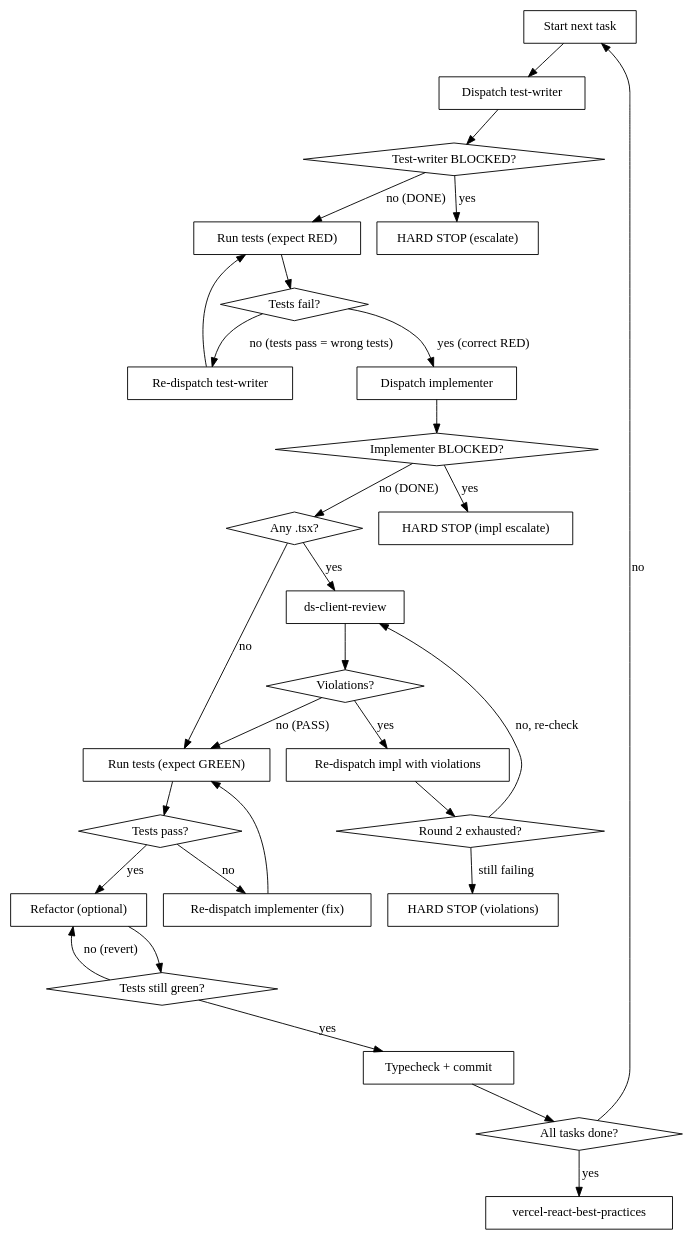
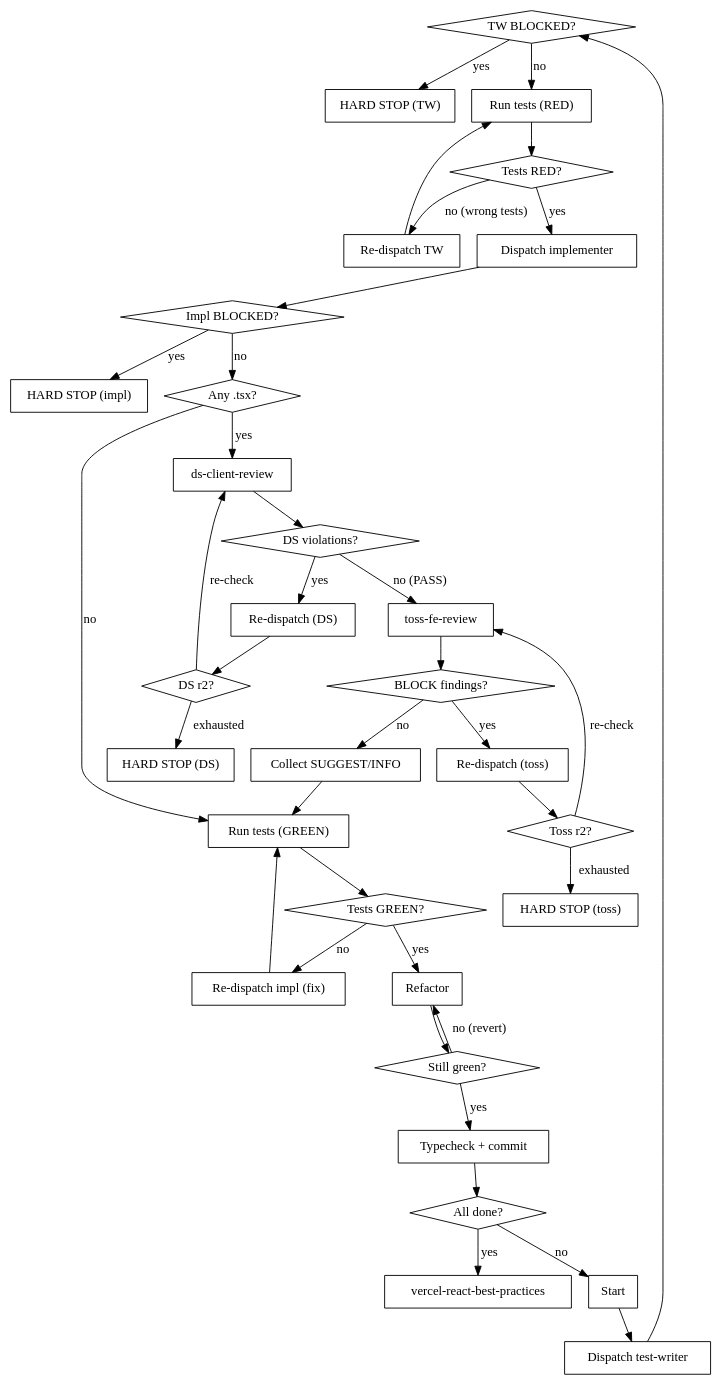
The second of 2 diagrams in .claude/skills/ds-client-constrained-execution/SKILL.md (KISA-webpage-development-team/umichkisa-ds), drawn with Graphviz before and after one commit. The commit also changed other lines of this file and 22 other files, not shown here.

````diff
--- a/.claude/skills/ds-client-constrained-execution/SKILL.md
+++ b/.claude/skills/ds-client-constrained-execution/SKILL.md
@@ -80,58 +67,41 @@
 ```dot
 digraph tdd {
-  "Start next task" [shape=box];
-  "Dispatch test-writer" [shape=box];
-  "Test-writer BLOCKED?" [shape=diamond];
-  "HARD STOP (escalate)" [shape=box];
-  "Run tests (expect RED)" [shape=box];
-  "Tests fail?" [shape=diamond];
-  "Re-dispatch test-writer" [shape=box];
-  "Dispatch implementer" [shape=box];
-  "Implementer BLOCKED?" [shape=diamond];
-  "HARD STOP (impl escalate)" [shape=box];
-  "Any .tsx?" [shape=diamond];
-  "ds-client-review" [shape=box];
-  "Violations?" [shape=diamond];
-  "Re-dispatch impl with violations" [shape=box];
-  "Round 2 exhausted?" [shape=diamond];
-  "HARD STOP (violations)" [shape=box];
-  "Run tests (expect GREEN)" [shape=box];
-  "Tests pass?" [shape=diamond];
-  "Re-dispatch implementer (fix)" [shape=box];
-  "Refactor (optional)" [shape=box];
-  "Tests still green?" [shape=diamond];
-  "Typecheck + commit" [shape=box];
-  "All tasks done?" [shape=diamond];
-  "vercel-react-best-practices" [shape=box];
+  node [shape=box];
+  "TW BLOCKED?" [shape=diamond]; "Tests RED?" [shape=diamond]; "Impl BLOCKED?" [shape=diamond]; "Any .tsx?" [shape=diamond]; "DS violations?" [shape=diamond]; "DS r2?" [shape=diamond]; "BLOCK findings?" [shape=diamond]; "Toss r2?" [shape=diamond]; "Tests GREEN?" [shape=diamond]; "Still green?" [shape=diamond]; "All done?" [shape=diamond];
 
-  "Start next task" -> "Dispatch test-writer";
-  "Dispatch test-writer" -> "Test-writer BLOCKED?";
-  "Test-writer BLOCKED?" -> "HARD STOP (escalate)" [label="yes"];
-  "Test-writer BLOCKED?" -> "Run tests (expect RED)" [label="no (DONE)"];
-  "Run tests (expect RED)" -> "Tests fail?";
-  "Tests fail?" -> "Dispatch implementer" [label="yes (correct RED)"];
-  "Tests fail?" -> "Re-dispatch test-writer" [label="no (tests pass = wrong tests)"];
-  "Re-dispatch test-writer" -> "Run tests (expect RED)";
-  "Dispatch implementer" -> "Implementer BLOCKED?";
-  "Implementer BLOCKED?" -> "HARD STOP (impl escalate)" [label="yes"];
-  "Implementer BLOCKED?" -> "Any .tsx?" [label="no (DONE)"];
+  "Start" -> "Dispatch test-writer" -> "TW BLOCKED?";
+  "TW BLOCKED?" -> "HARD STOP (TW)" [label="yes"];
+  "TW BLOCKED?" -> "Run tests (RED)" [label="no"];
+  "Run tests (RED)" -> "Tests RED?";
+  "Tests RED?" -> "Dispatch implementer" [label="yes"];
+  "Tests RED?" -> "Re-dispatch TW" [label="no (wrong tests)"];
+  "Re-dispatch TW" -> "Run tests (RED)";
+  "Dispatch implementer" -> "Impl BLOCKED?";
+  "Impl BLOCKED?" -> "HARD STOP (impl)" [label="yes"];
+  "Impl BLOCKED?" -> "Any .tsx?" [label="no"];
   "Any .tsx?" -> "ds-client-review" [label="yes"];
-  "Any .tsx?" -> "Run tests (expect GREEN)" [label="no"];
-  "ds-client-review" -> "Violations?";
-  "Violations?" -> "Run tests (expect GREEN)" [label="no (PASS)"];
-  "Violations?" -> "Re-dispatch impl with violations" [label="yes"];
-  "Re-dispatch impl with violations" -> "Round 2 exhausted?";
-  "Round 2 exhausted?" -> "HARD STOP (violations)" [label="still failing"];
-  "Round 2 exhausted?" -> "ds-client-review" [label="no, re-check"];
-  "Run tests (expect GREEN)" -> "Tests pass?";
-  "Tests pass?" -> "Refactor (optional)" [label="yes"];
-  "Tests pass?" -> "Re-dispatch implementer (fix)" [label="no"];
-  "Re-dispatch implementer (fix)" -> "Run tests (expect GREEN)";
-  "Refactor (optional)" -> "Tests still green?";
-  "Tests still green?" -> "Typecheck + commit" [label="yes"];
-  "Tests still green?" -> "Refactor (optional)" [label="no (revert)"];
-  "Typecheck + commit" -> "All tasks done?";
-  "All tasks done?" -> "vercel-react-best-practices" [label="yes"];
-  "All tasks done?" -> "Start next task" [label="no"];
+  "Any .tsx?" -> "Run tests (GREEN)" [label="no"];
+  "ds-client-review" -> "DS violations?";
+  "DS violations?" -> "toss-fe-review" [label="no (PASS)"];
+  "DS violations?" -> "Re-dispatch (DS)" [label="yes"];
+  "Re-dispatch (DS)" -> "DS r2?";
+  "DS r2?" -> "HARD STOP (DS)" [label="exhausted"];
+  "DS r2?" -> "ds-client-review" [label="re-check"];
+  "toss-fe-review" -> "BLOCK findings?";
+  "BLOCK findings?" -> "Collect SUGGEST/INFO" [label="no"];
+  "BLOCK findings?" -> "Re-dispatch (toss)" [label="yes"];
+  "Re-dispatch (toss)" -> "Toss r2?";
+  "Toss r2?" -> "HARD STOP (toss)" [label="exhausted"];
+  "Toss r2?" -> "toss-fe-review" [label="re-check"];
+  "Collect SUGGEST/INFO" -> "Run tests (GREEN)" -> "Tests GREEN?";
+  "Tests GREEN?" -> "Refactor" [label="yes"];
+  "Tests GREEN?" -> "Re-dispatch impl (fix)" [label="no"];
+  "Re-dispatch impl (fix)" -> "Run tests (GREEN)";
+  "Refactor" -> "Still green?";
+  "Still green?" -> "Typecheck + commit" [label="yes"];
+  "Still green?" -> "Refactor" [label="no (revert)"];
+  "Typecheck + commit" -> "All done?";
+  "All done?" -> "vercel-react-best-practices" [label="yes"];
+  "All done?" -> "Start" [label="no"];
 }
 ```
````
